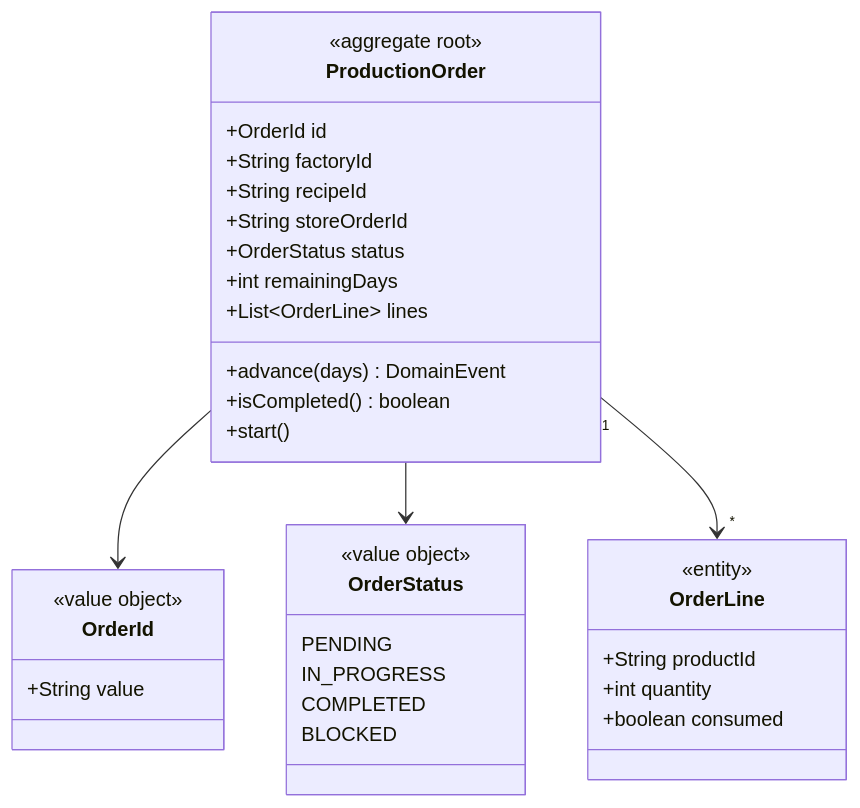
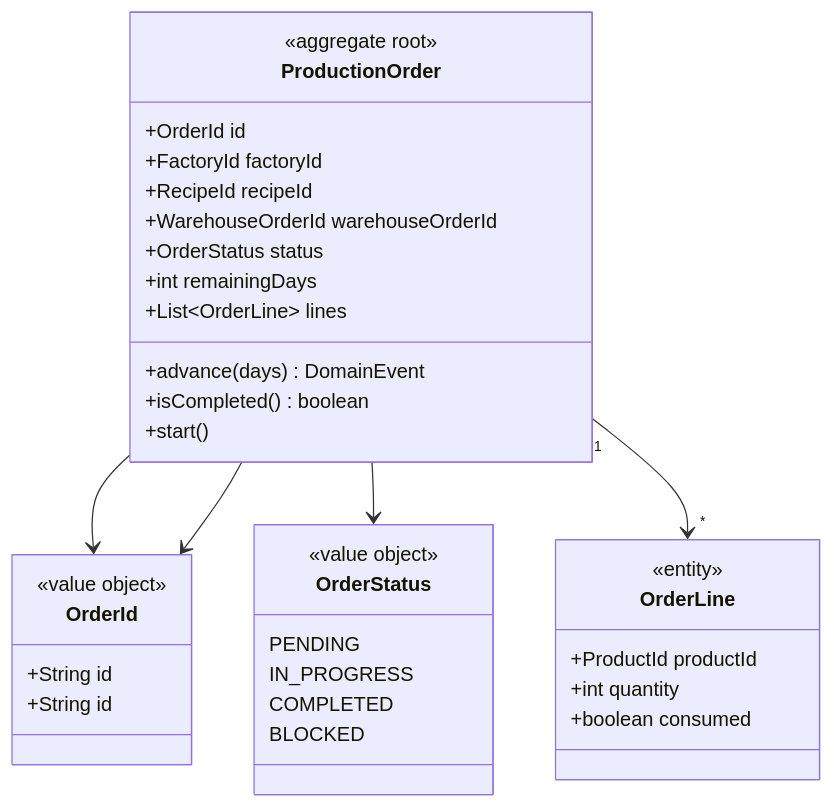
Before and after one commit to PauLopNun/workshop-suministros: the second of 6 diagrams in production/ddd.md, drawn with Mermaid. The commit also changed other lines of this file, not shown here.

````diff
--- a/production/ddd.md
+++ b/production/ddd.md
@@ -35,36 +35,41 @@
 ```mermaid
 classDiagram
     class ProductionOrder {
         <<aggregate root>>
         +OrderId id
-        +String factoryId
-        +String recipeId
-        +String storeOrderId
+        +FactoryId factoryId
+        +RecipeId recipeId
+        +WarehouseOrderId warehouseOrderId
         +OrderStatus status
         +int remainingDays
         +List~OrderLine~ lines
         +advance(days) DomainEvent
         +isCompleted() boolean
         +start()
     }
+    class OrderId {
+        <<value object>>
+        +String id
+    }
     class OrderLine {
         <<entity>>
-        +String productId
+        +ProductId productId
         +int quantity
         +boolean consumed
     }
     class OrderStatus {
         <<value object>>
         PENDING
         IN_PROGRESS
         COMPLETED
         BLOCKED
     }
     class OrderId {
         <<value object>>
-        +String value
+        +String id
     }
     ProductionOrder --> OrderId
     ProductionOrder --> OrderStatus
     ProductionOrder "1" --> "*" OrderLine
+    ProductionOrder --> OrderId
 ```
````
